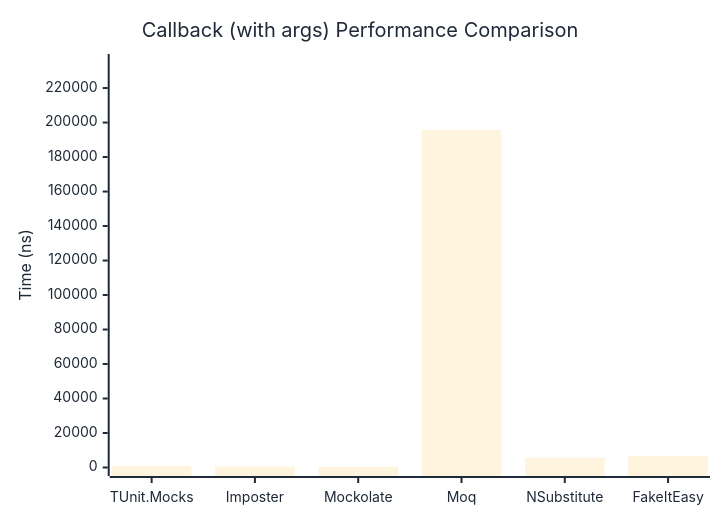
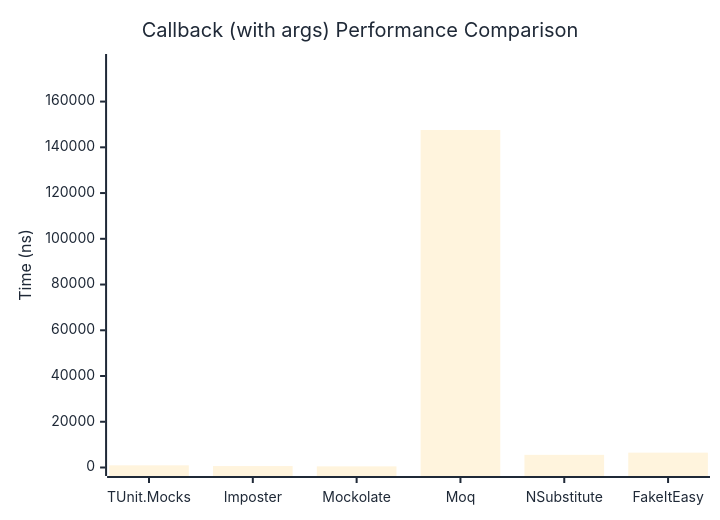
Before and after one commit to thomhurst/TUnit: the second of 2 diagrams in docs/docs/benchmarks/mocks/Callback.md, drawn with Mermaid. The commit also changed other lines of this file and 14 other files, not shown here.

````diff
--- a/docs/docs/benchmarks/mocks/Callback.md
+++ b/docs/docs/benchmarks/mocks/Callback.md
@@ -71,27 +71,27 @@
 ```mermaid
 %%{init: {
   'theme':'base',
   'themeVariables': {
     'primaryColor': '#2563eb',
     'primaryTextColor': '#1f2937',
     'primaryBorderColor': '#1e40af',
     'lineColor': '#6b7280',
     'secondaryColor': '#7c3aed',
     'tertiaryColor': '#dc2626',
     'background': '#ffffff',
     'pie1': '#2563eb',
     'pie2': '#7c3aed',
     'pie3': '#dc2626',
     'pie4': '#f59e0b',
     'pie5': '#10b981',
     'pie6': '#06b6d4',
     'pie7': '#ec4899',
     'pie8': '#6366f1'
   }
 }}%%
 xychart-beta
   title "Callback (with args) Performance Comparison"
   x-axis ["TUnit.Mocks", "Imposter", "Mockolate", "Moq", "NSubstitute", "FakeItEasy"]
-  y-axis "Time (ns)" 0 --> 234811
-  bar [911.8, 631.1, 464.8, 195675.8, 5721.5, 6738.9]
+  y-axis "Time (ns)" 0 --> 177086
+  bar [951.1, 620.2, 497.2, 147571.5, 5532.4, 6488.5]
 ```
````
